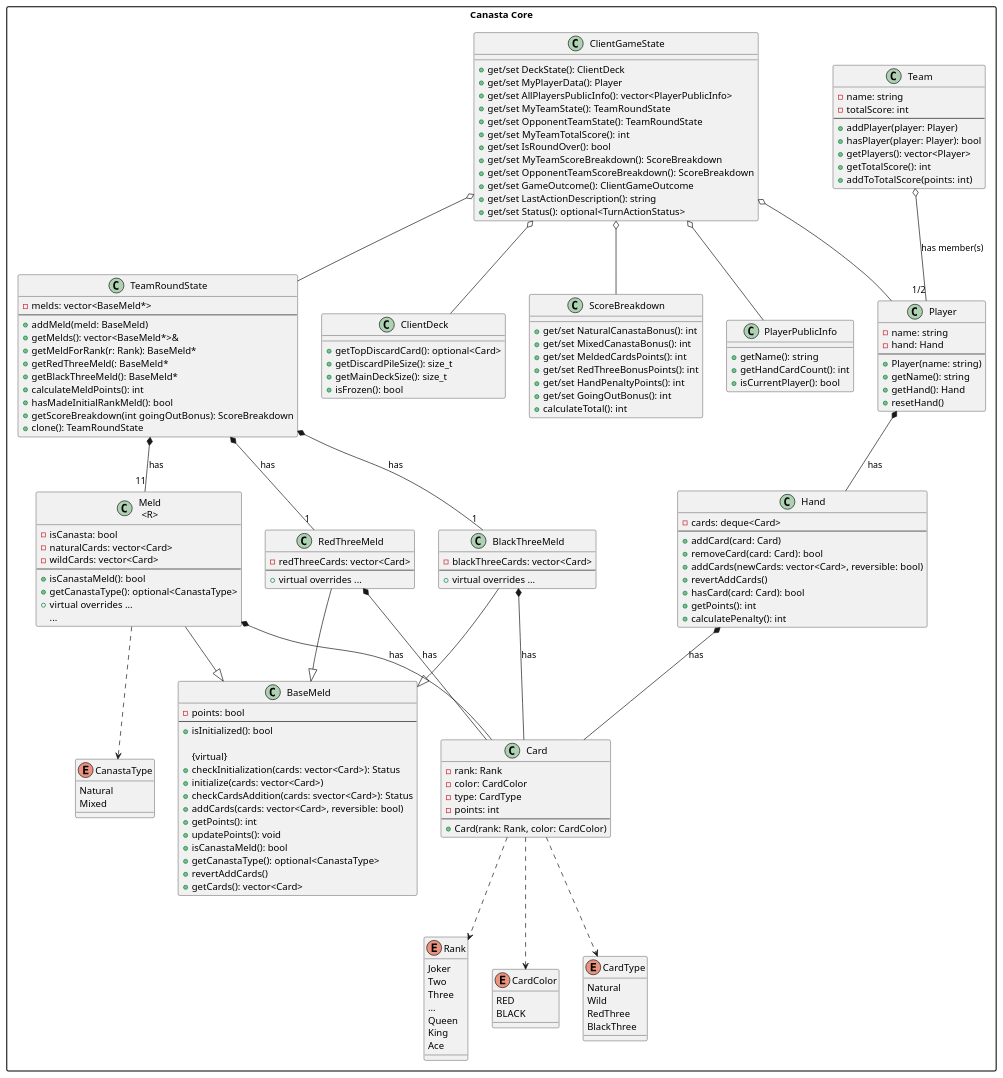
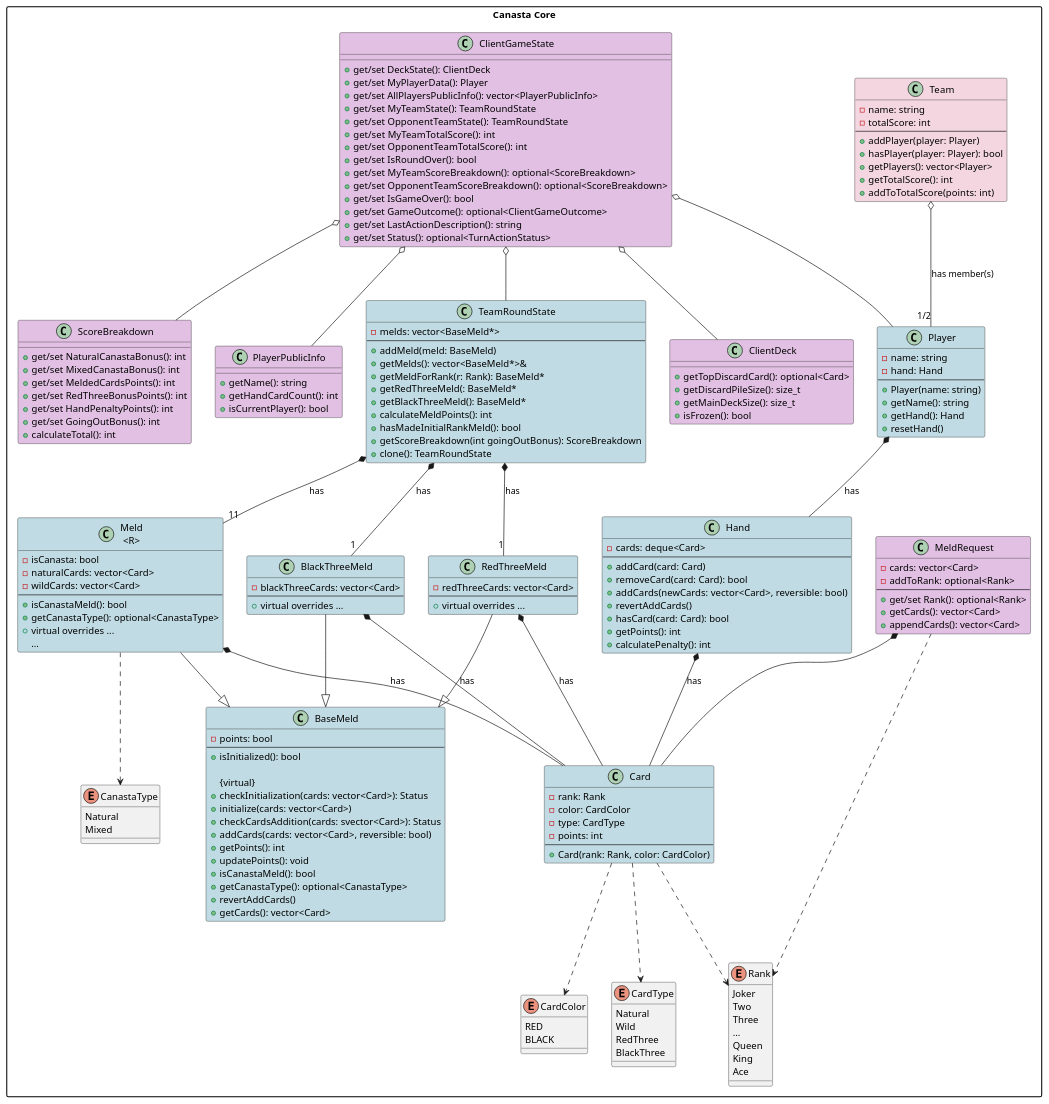
Before and after one commit to Bombonchik/Canasta: the diagram in docs/diagrams/core.puml, drawn with PlantUML. The commit also changed 2 other files, not shown here.

```diff
--- a/docs/diagrams/core.puml
+++ b/docs/diagrams/core.puml
@@ -27,7 +27,7 @@
     }
 
     '––– Card class –––
-    class Card {
+    class Card #C0DBE3 {
         - rank: Rank
         - color: CardColor
         - type: CardType
@@ -42,7 +42,7 @@
 
     '––– Hand class –––
 
-    class Hand {
+    class Hand #C0DBE3 {
         - cards: deque<Card>
         --
         + addCard(card: Card)
@@ -63,7 +63,7 @@
     }
 
     '––– Meld classes –––
-    class BaseMeld {
+    class BaseMeld #C0DBE3 {
         - points: bool
         --
         + isInitialized(): bool
@@ -81,7 +81,7 @@
         + getCards(): vector<Card>
     }
 
-    class "Meld\n<R>" {
+    class "Meld\n<R>" #C0DBE3 {
         - isCanasta: bool
         - naturalCards: vector<Card>
         - wildCards: vector<Card>
@@ -92,13 +92,13 @@
         ...
     }
 
-    class RedThreeMeld {
+    class RedThreeMeld #C0DBE3 {
         - redThreeCards: vector<Card>
         --
         + virtual overrides ...
     }
 
-    class BlackThreeMeld {
+    class BlackThreeMeld #C0DBE3 {
         - blackThreeCards: vector<Card>
         --
         + virtual overrides ...
@@ -112,8 +112,20 @@
     RedThreeMeld *-- Card : has
     BlackThreeMeld *-- Card : has
 
+    class MeldRequest #E2C0E3 {
+        - cards: vector<Card>
+        - addToRank: optional<Rank>
+        --
+        + get/set Rank(): optional<Rank>
+        + getCards(): vector<Card>
+        + appendCards(): vector<Card>
+    }
+
+    MeldRequest *-- Card
+    MeldRequest ..> Rank
+
     '––– Player class –––
-    class Player {
+    class Player #C0DBE3 {
         - name: string
         - hand: Hand
         --
@@ -127,7 +139,7 @@
 
     '––– Team class –––
 
-    class Team {
+    class Team #F4D6E1 {
         - name: string
         - totalScore: int
         --
@@ -141,7 +153,7 @@
     Team o-- "1/2" Player : has member(s)
 
     '––– TeamRoundState class –––
-    class TeamRoundState {
+    class TeamRoundState #C0DBE3 {
         - melds: vector<BaseMeld*>
         --
         + addMeld(meld: BaseMeld)
@@ -160,7 +172,7 @@
     TeamRoundState *-- "1" BlackThreeMeld : has
 
     '––– ClientDeck class –––
-    class ClientDeck {
+    class ClientDeck #E2C0E3 {
         + getTopDiscardCard(): optional<Card>
         + getDiscardPileSize(): size_t
         + getMainDeckSize(): size_t
@@ -168,7 +180,7 @@
     }
 
     '––– ScoreBreakdown class –––
-    class ScoreBreakdown {
+    class ScoreBreakdown #E2C0E3 {
         + get/set NaturalCanastaBonus(): int
         + get/set MixedCanastaBonus(): int
         + get/set MeldedCardsPoints(): int
@@ -179,24 +191,26 @@
     }
 
     '––– PlayerPublicInfo class –––
-    class PlayerPublicInfo {
+    class PlayerPublicInfo #E2C0E3 {
         + getName(): string
         + getHandCardCount(): int
         + isCurrentPlayer(): bool
     }
 
     '––– ClientGameState class –––
-    class ClientGameState {
+    class ClientGameState #E2C0E3 {
         + get/set DeckState(): ClientDeck
         + get/set MyPlayerData(): Player
         + get/set AllPlayersPublicInfo(): vector<PlayerPublicInfo>
         + get/set MyTeamState(): TeamRoundState
         + get/set OpponentTeamState(): TeamRoundState
         + get/set MyTeamTotalScore(): int
+        + get/set OpponentTeamTotalScore(): int
         + get/set IsRoundOver(): bool
-        + get/set MyTeamScoreBreakdown(): ScoreBreakdown
-        + get/set OpponentTeamScoreBreakdown(): ScoreBreakdown
-        + get/set GameOutcome(): ClientGameOutcome
+        + get/set MyTeamScoreBreakdown(): optional<ScoreBreakdown>
+        + get/set OpponentTeamScoreBreakdown(): optional<ScoreBreakdown>
+        + get/set IsGameOver(): bool
+        + get/set GameOutcome(): optional<ClientGameOutcome>
         + get/set LastActionDescription(): string
         + get/set Status(): optional<TurnActionStatus>
     }
```
